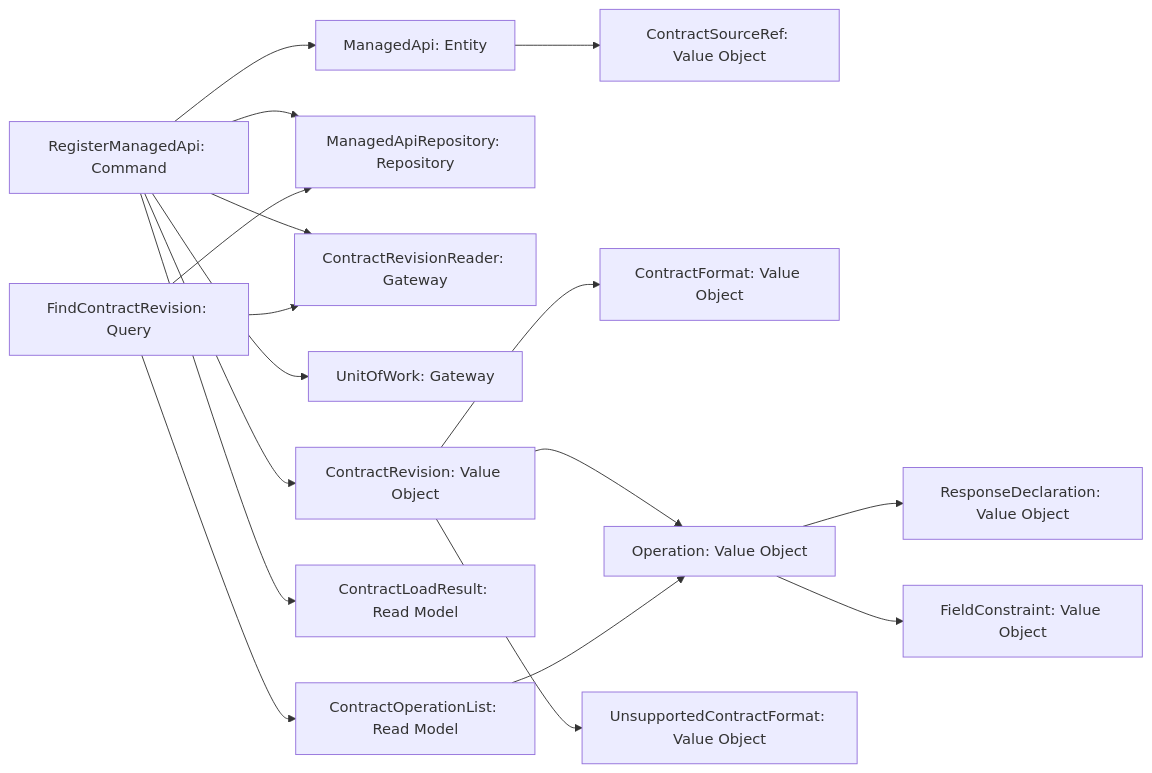
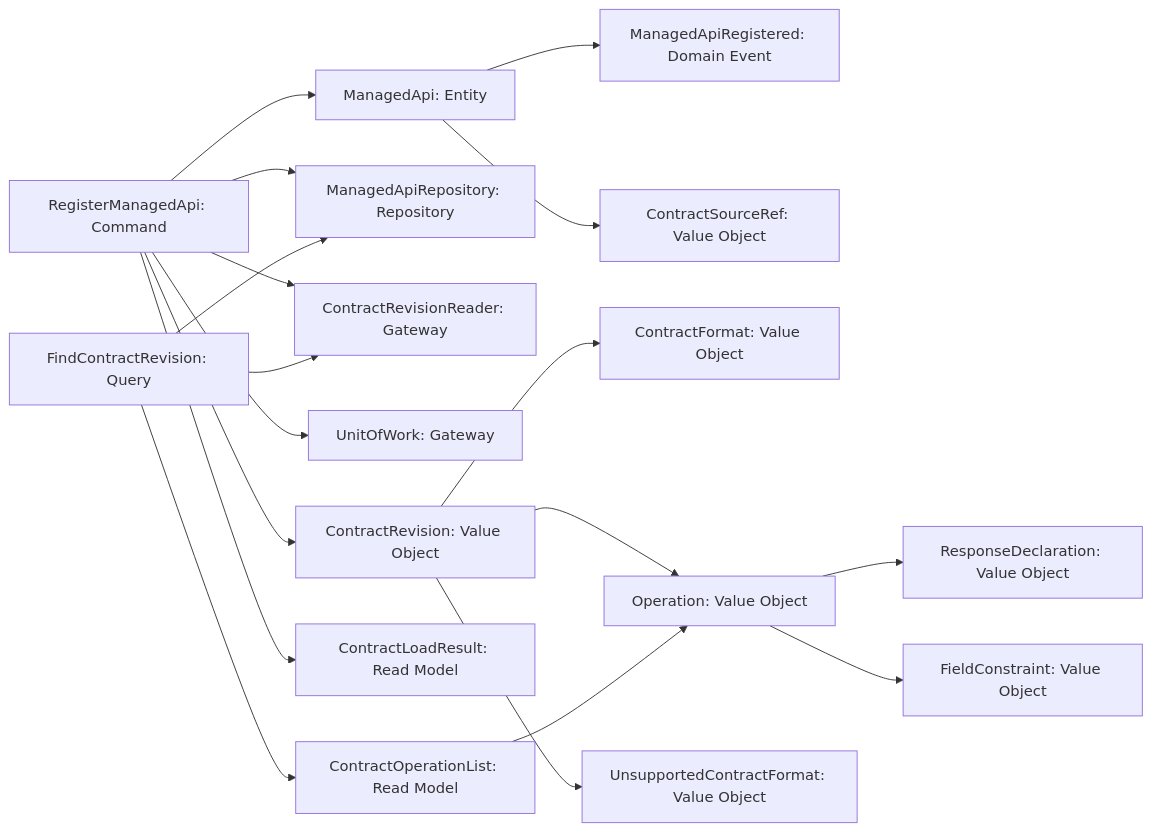
Before and after one commit to freecompub/microcks-foundry: the diagram in docs/architecture/contract.md, drawn with Mermaid. The commit also changed other lines of this file and 16 other files, not shown here.

````diff
--- a/docs/architecture/contract.md
+++ b/docs/architecture/contract.md
@@ -113,35 +121,37 @@
 ```mermaid
 graph LR
     RegisterManagedApi[RegisterManagedApi: Command]
     FindContractRevision[FindContractRevision: Query]
     ManagedApi[ManagedApi: Entity]
+    ManagedApiRegistered[ManagedApiRegistered: Domain Event]
     ManagedApiRepository[ManagedApiRepository: Repository]
     ContractRevisionReader[ContractRevisionReader: Gateway]
     UnitOfWork[UnitOfWork: Gateway]
     ContractSourceRef[ContractSourceRef: Value Object]
     ContractRevision[ContractRevision: Value Object]
     ContractFormat[ContractFormat: Value Object]
     Operation[Operation: Value Object]
     ResponseDeclaration[ResponseDeclaration: Value Object]
     FieldConstraint[FieldConstraint: Value Object]
     UnsupportedContractFormat[UnsupportedContractFormat: Value Object]
     ContractLoadResult[ContractLoadResult: Read Model]
     ContractOperationList[ContractOperationList: Read Model]
 
     RegisterManagedApi --> ContractRevisionReader
     RegisterManagedApi --> ContractRevision
     RegisterManagedApi --> ManagedApi
     RegisterManagedApi --> ManagedApiRepository
     RegisterManagedApi --> UnitOfWork
     RegisterManagedApi --> ContractLoadResult
     ContractRevision --> ContractFormat
     ContractRevision --> Operation
     ContractRevision --> UnsupportedContractFormat
     Operation --> ResponseDeclaration
     Operation --> FieldConstraint
     ManagedApi --> ContractSourceRef
+    ManagedApi --> ManagedApiRegistered
     FindContractRevision --> ManagedApiRepository
     FindContractRevision --> ContractRevisionReader
     FindContractRevision --> ContractOperationList
     ContractOperationList --> Operation
 ```
````
